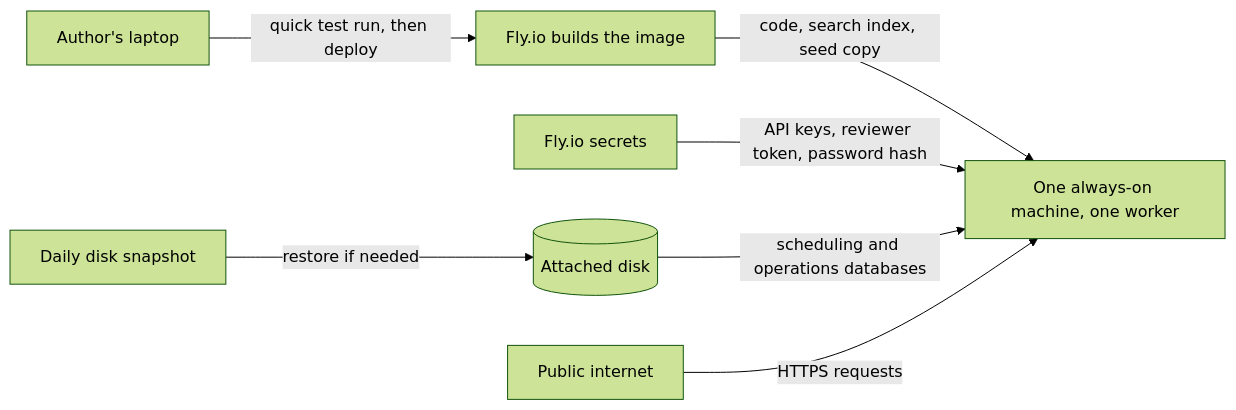
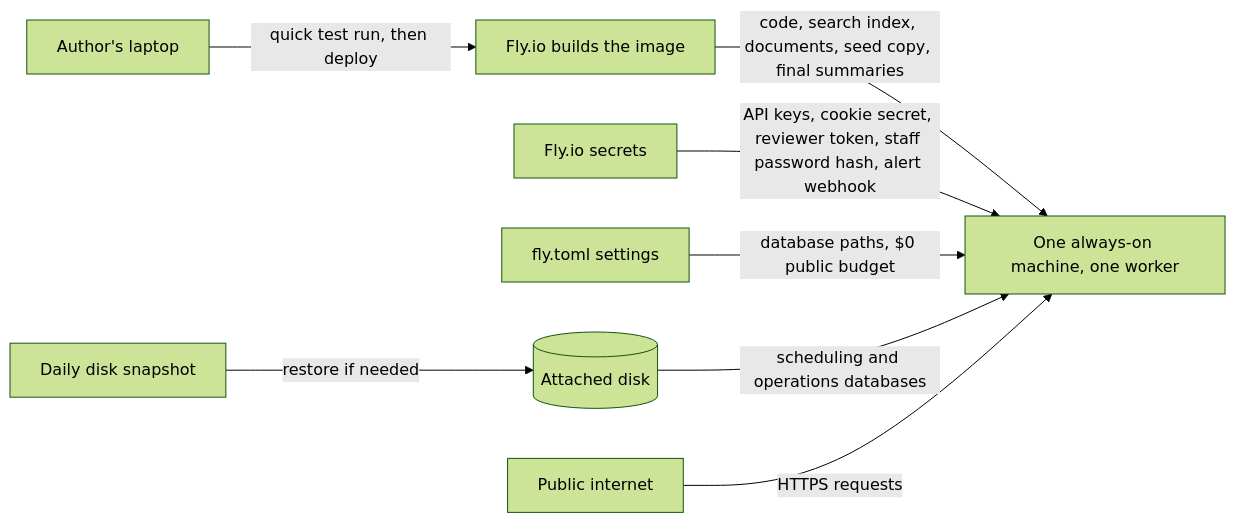
Diagram 20 of 21 in docs/ARCHITECTURE.md (lucycchi/AI_Call_Center_Agent), drawn with Mermaid (forest theme) before and after one commit. The commit also changed other lines of this file and 8 other files, not shown here.

First line of the commit message:
fix(live): a used-up network block sends another visitor's emergency to the merged ticket; IPv4-mapped addresses count by their IPv4 block; the overflow ticket is retried and capped; architecture document and stale lines brought up to date

````diff
--- a/docs/ARCHITECTURE.md
+++ b/docs/ARCHITECTURE.md
@@ -682,9 +717,10 @@
 ```mermaid
 flowchart LR
     DEV["Author's laptop"] -->|"quick test run, then deploy"| BUILD["Fly.io builds the image"]
-    BUILD -->|"code, search index, seed copy"| M["One always-on machine, one worker"]
-    SEC["Fly.io secrets"] -->|"API keys, reviewer token, password hash"| M
+    BUILD -->|"code, search index, documents, seed copy, final summaries"| M["One always-on machine, one worker"]
+    SEC["Fly.io secrets"] -->|"API keys, cookie secret, reviewer token, staff password hash, alert webhook"| M
+    TOML["fly.toml settings"] -->|"database paths, $0 public budget"| M
     VOL[("Attached disk")] -->|"scheduling and operations databases"| M
     SNAP["Daily disk snapshot"] -->|"restore if needed"| VOL
     INET["Public internet"] -->|"HTTPS requests"| M
 ```
````
